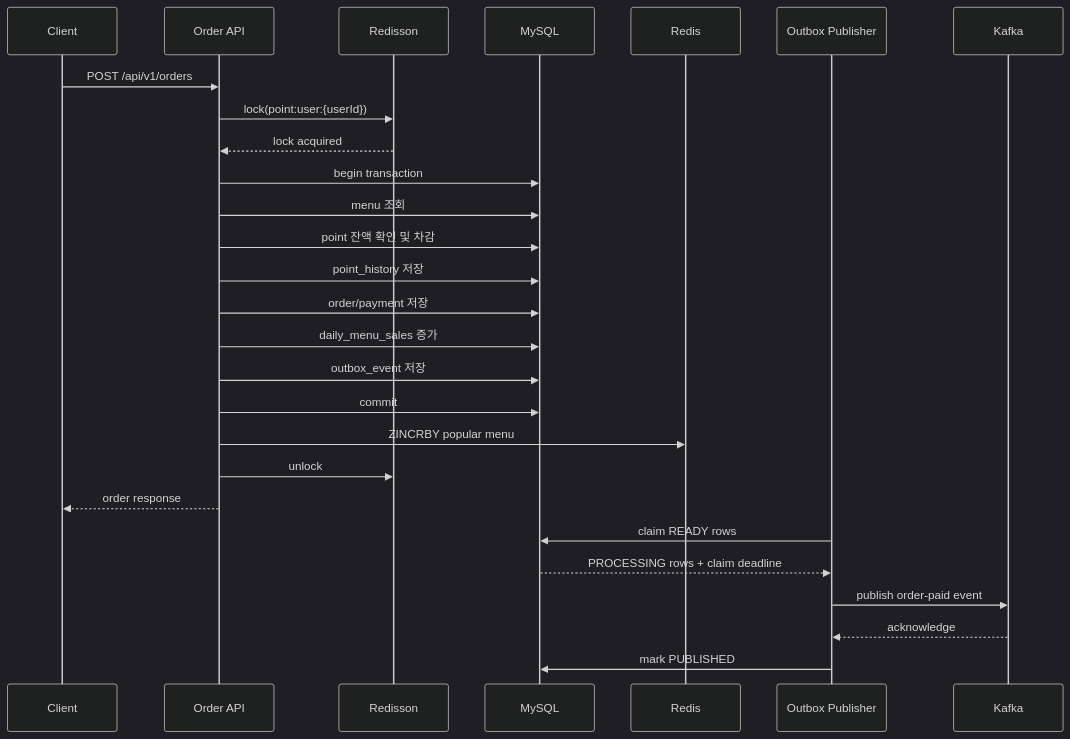
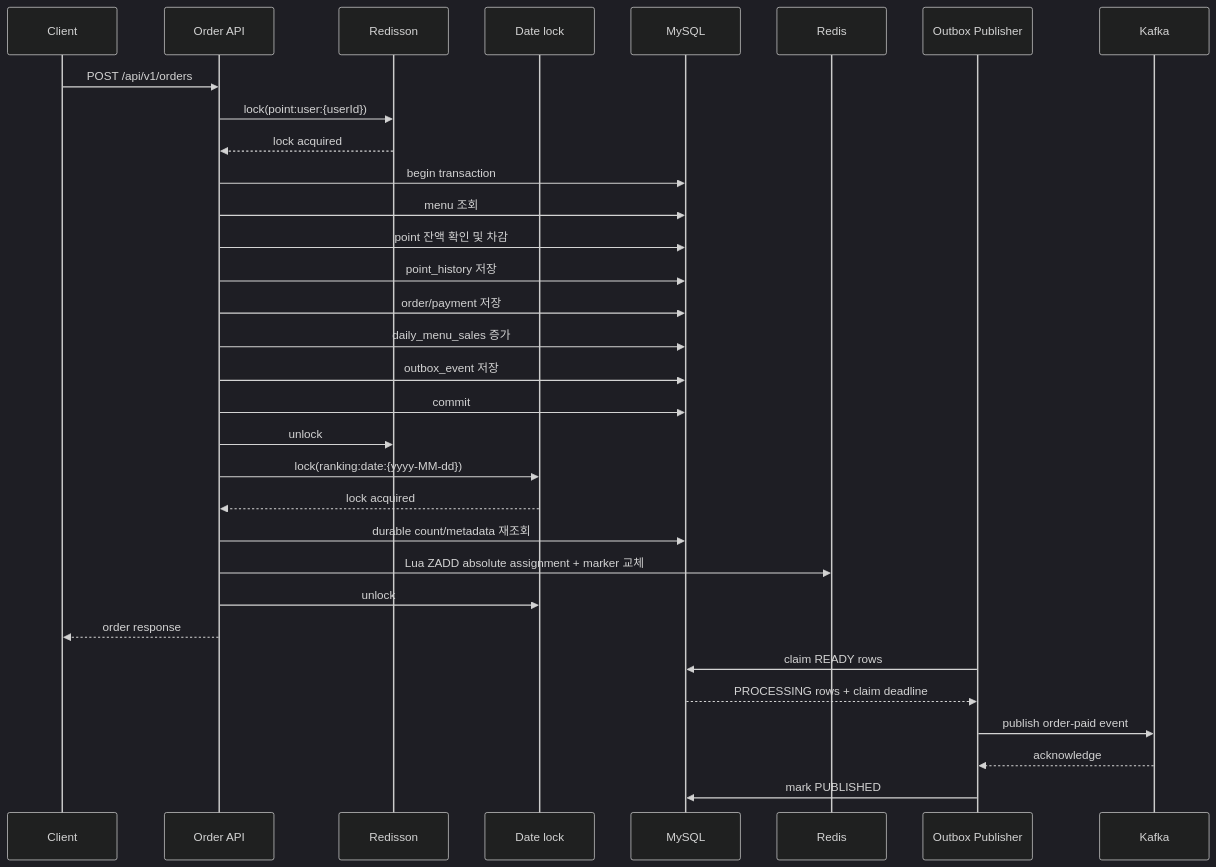
The second of 2 diagrams in README.md (116Lv/sparta-ch6-advanced), drawn with Mermaid (dark theme) before and after one commit. The commit also changed other lines of this file and 17 other files, not shown here.

````diff
--- a/README.md
+++ b/README.md
@@ -274,30 +362,35 @@
 ```mermaid
 sequenceDiagram
   participant Client
   participant API as Order API
   participant Lock as Redisson
+  participant RankingLock as Date lock
   participant DB as MySQL
   participant Redis
   participant Publisher as Outbox Publisher
   participant Kafka
 
   Client->>API: POST /api/v1/orders
   API->>Lock: lock(point:user:{userId})
   Lock-->>API: lock acquired
   API->>DB: begin transaction
   API->>DB: menu 조회
   API->>DB: point 잔액 확인 및 차감
   API->>DB: point_history 저장
   API->>DB: order/payment 저장
   API->>DB: daily_menu_sales 증가
   API->>DB: outbox_event 저장
   API->>DB: commit
-  API->>Redis: ZINCRBY popular menu
   API->>Lock: unlock
+  API->>RankingLock: lock(ranking:date:{yyyy-MM-dd})
+  RankingLock-->>API: lock acquired
+  API->>DB: durable count/metadata 재조회
+  API->>Redis: Lua ZADD absolute assignment + marker 교체
+  API->>RankingLock: unlock
   API-->>Client: order response
   Publisher->>DB: claim READY rows
   DB-->>Publisher: PROCESSING rows + claim deadline
   Publisher->>Kafka: publish order-paid event
   Kafka-->>Publisher: acknowledge
   Publisher->>DB: mark PUBLISHED
 ```
````
